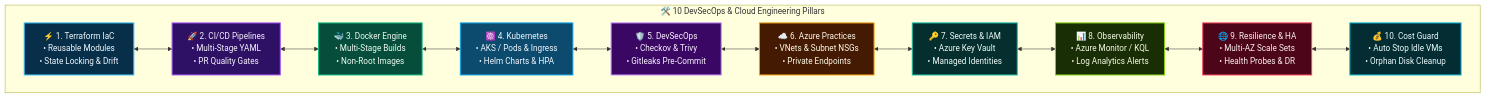
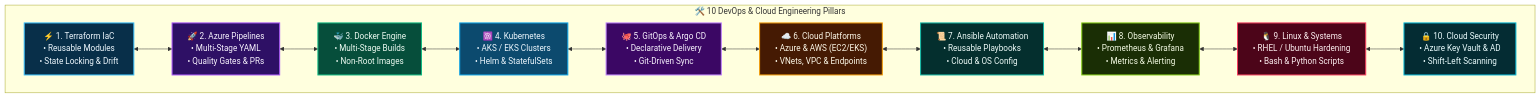
One commit to Sarvesh0401/Sarvesh0401 changed the first of 5 diagrams in README.md. Above: the diagram before and after it, drawn with Mermaid. The commit also changed other lines of this file and 2 other files, not shown here.

First line of the commit message:
feat: align profile with resume focusing on Terraform, CI/CD, and Kubernetes

````diff
--- a/README.md
+++ b/README.md
@@ -76,41 +78,41 @@
 ```mermaid
 flowchart TD
-    subgraph CorePillars ["🛠️ 10 DevSecOps & Cloud Engineering Pillars"]
+    subgraph CorePillars ["🛠️ 10 DevOps & Cloud Engineering Pillars"]
         direction LR
         P1["⚡ 1. Terraform IaC<br/>• Reusable Modules<br/>• State Locking & Drift"]
-        P2["🚀 2. CI/CD Pipelines<br/>• Multi-Stage YAML<br/>• PR Quality Gates"]
+        P2["🚀 2. Azure Pipelines<br/>• Multi-Stage YAML<br/>• Quality Gates & PRs"]
         P3["🐳 3. Docker Engine<br/>• Multi-Stage Builds<br/>• Non-Root Images"]
-        P4["☸️ 4. Kubernetes<br/>• AKS / Pods & Ingress<br/>• Helm Charts & HPA"]
-        P5["🛡️ 5. DevSecOps<br/>• Checkov & Trivy<br/>• Gitleaks Pre-Commit"]
-        P6["☁️ 6. Azure Practices<br/>• VNets & Subnet NSGs<br/>• Private Endpoints"]
-        P7["🔑 7. Secrets & IAM<br/>• Azure Key Vault<br/>• Managed Identities"]
-        P8["📊 8. Observability<br/>• Azure Monitor / KQL<br/>• Log Analytics Alerts"]
-        P9["🌐 9. Resilience & HA<br/>• Multi-AZ Scale Sets<br/>• Health Probes & DR"]
-        P10["💰 10. Cost Guard<br/>• Auto Stop Idle VMs<br/>• Orphan Disk Cleanup"]
+        P4["☸️ 4. Kubernetes<br/>• AKS / EKS Clusters<br/>• Helm & StatefulSets"]
+        P5["🐙 5. GitOps & Argo CD<br/>• Declarative Delivery<br/>• Git-Driven Sync"]
+        P6["☁️ 6. Cloud Platforms<br/>• Azure & AWS (EC2/EKS)<br/>• VNets, VPC & Endpoints"]
+        P7["📜 7. Ansible Automation<br/>• Reusable Playbooks<br/>• Cloud & OS Config"]
+        P8["📊 8. Observability<br/>• Prometheus & Grafana<br/>• Metrics & Alerting"]
+        P9["🐧 9. Linux & Systems<br/>• RHEL / Ubuntu Hardening<br/>• Bash & Python Scripts"]
+        P10["🔒 10. Cloud Security<br/>• Azure Key Vault & AD<br/>• Shift-Left Scanning"]
     end
 
     P1 <--> P2 <--> P3 <--> P4 <--> P5
     P5 <--> P6 <--> P7 <--> P8 <--> P9 <--> P10
 
     classDef c1 fill:#082f49,stroke:#38bdf8,stroke-width:2px,color:#f0f9ff;
     classDef c2 fill:#2e1065,stroke:#a855f7,stroke-width:2px,color:#faf5ff;
     classDef c3 fill:#064e3b,stroke:#10b981,stroke-width:2px,color:#f0fdf4;
     classDef c4 fill:#0c4a6e,stroke:#0ea5e9,stroke-width:2px,color:#f0f9ff;
     classDef c5 fill:#3b0764,stroke:#c084fc,stroke-width:2px,color:#faf5ff;
     classDef c6 fill:#451a03,stroke:#f59e0b,stroke-width:2px,color:#fffbeb;
     classDef c7 fill:#042f2e,stroke:#14b8a6,stroke-width:2px,color:#f0fdfa;
     classDef c8 fill:#1a2e05,stroke:#84cc16,stroke-width:2px,color:#f7fee7;
     classDef c9 fill:#4c0519,stroke:#f43f5e,stroke-width:2px,color:#fff1f2;
     classDef c10 fill:#042c33,stroke:#06b6d4,stroke-width:2px,color:#ecfeff;
 
     class P1 c1;
     class P2 c2;
     class P3 c3;
     class P4 c4;
     class P5 c5;
     class P6 c6;
     class P7 c7;
     class P8 c8;
     class P9 c9;
     class P10 c10;
 ```
````
